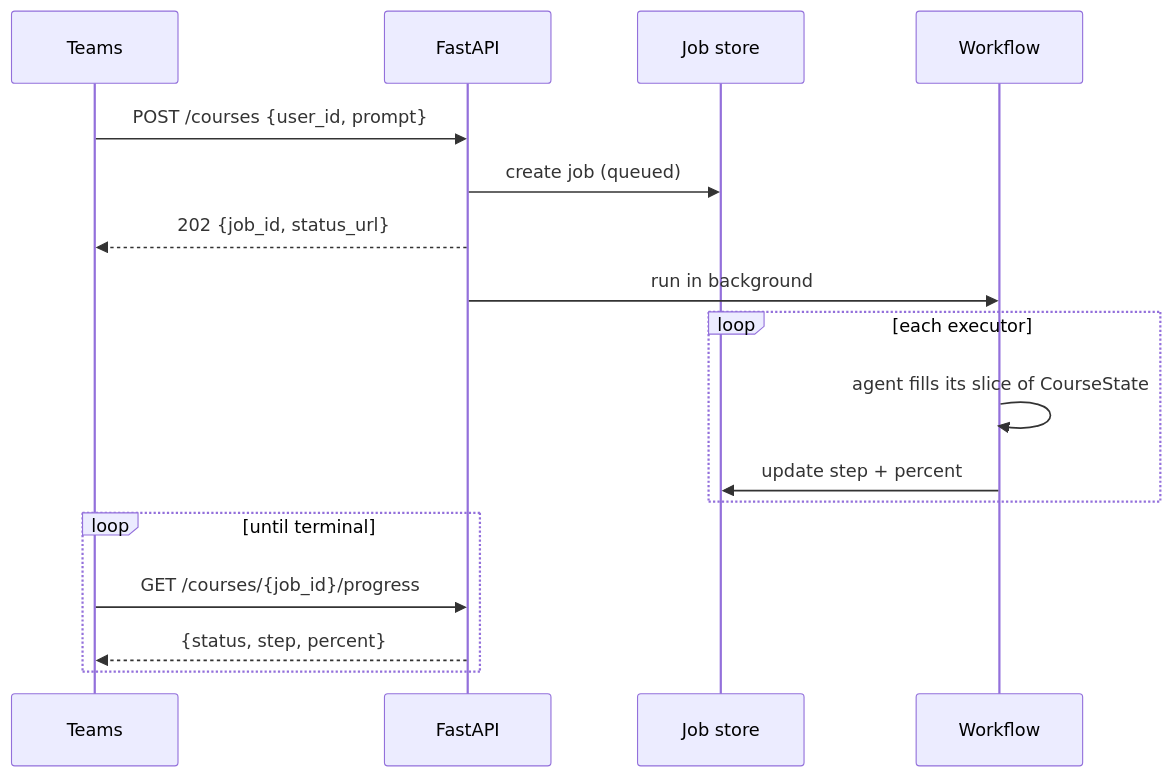
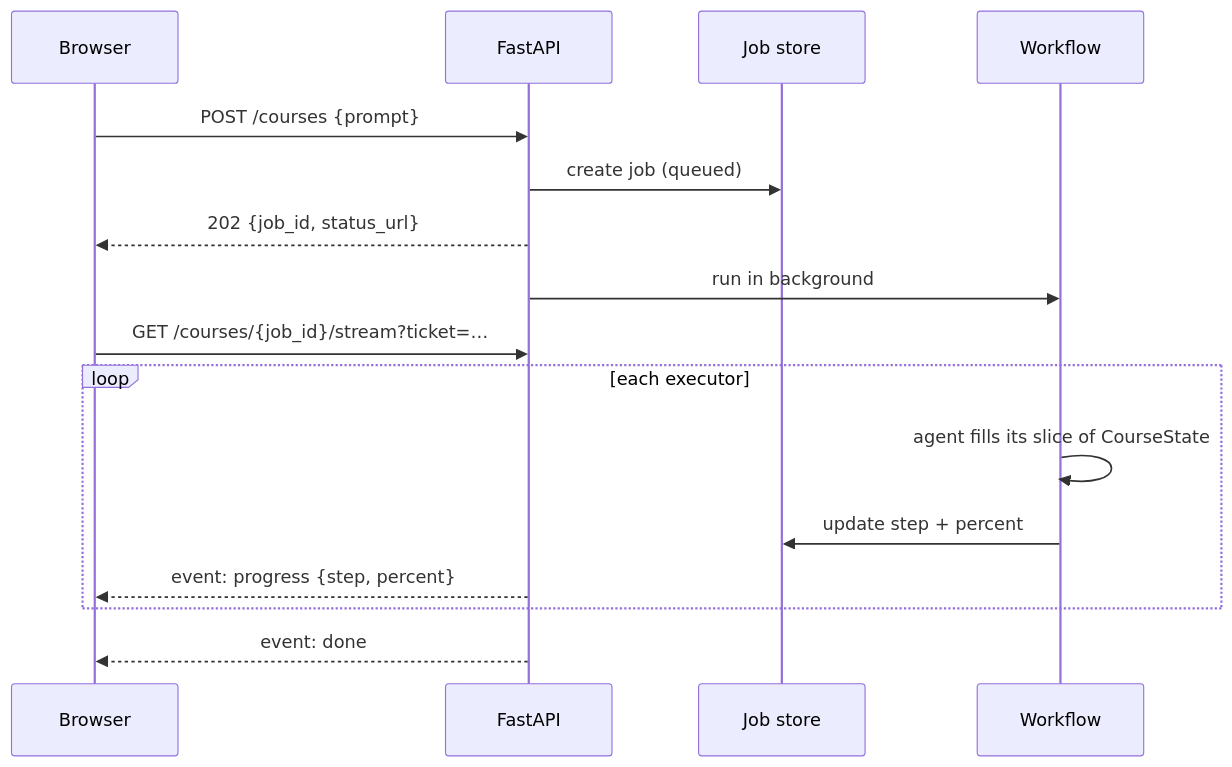
The second of 3 diagrams in docs/architecture.md (himanshuluciferr/LearnForgeAI), drawn with Mermaid before and after one commit. The commit also changed other lines of this file, not shown here.

First line of the commit message:
docs: bring the architecture doc back in line with the code

````diff
--- a/docs/architecture.md
+++ b/docs/architecture.md
@@ -90,22 +98,20 @@
 ```mermaid
 sequenceDiagram
-    participant T as Teams
+    participant B as Browser
     participant A as FastAPI
     participant J as Job store
     participant W as Workflow
 
-    T->>A: POST /courses {user_id, prompt}
+    B->>A: POST /courses {prompt}
     A->>J: create job (queued)
-    A-->>T: 202 {job_id, status_url}
+    A-->>B: 202 {job_id, status_url}
     A->>W: run in background
 
+    B->>A: GET /courses/{job_id}/stream?ticket=…
     loop each executor
         W->>W: agent fills its slice of CourseState
         W->>J: update step + percent
+        A-->>B: event: progress {step, percent}
     end
-
-    loop until terminal
-        T->>A: GET /courses/{job_id}/progress
-        A-->>T: {status, step, percent}
-    end
+    A-->>B: event: done
 ```
````
